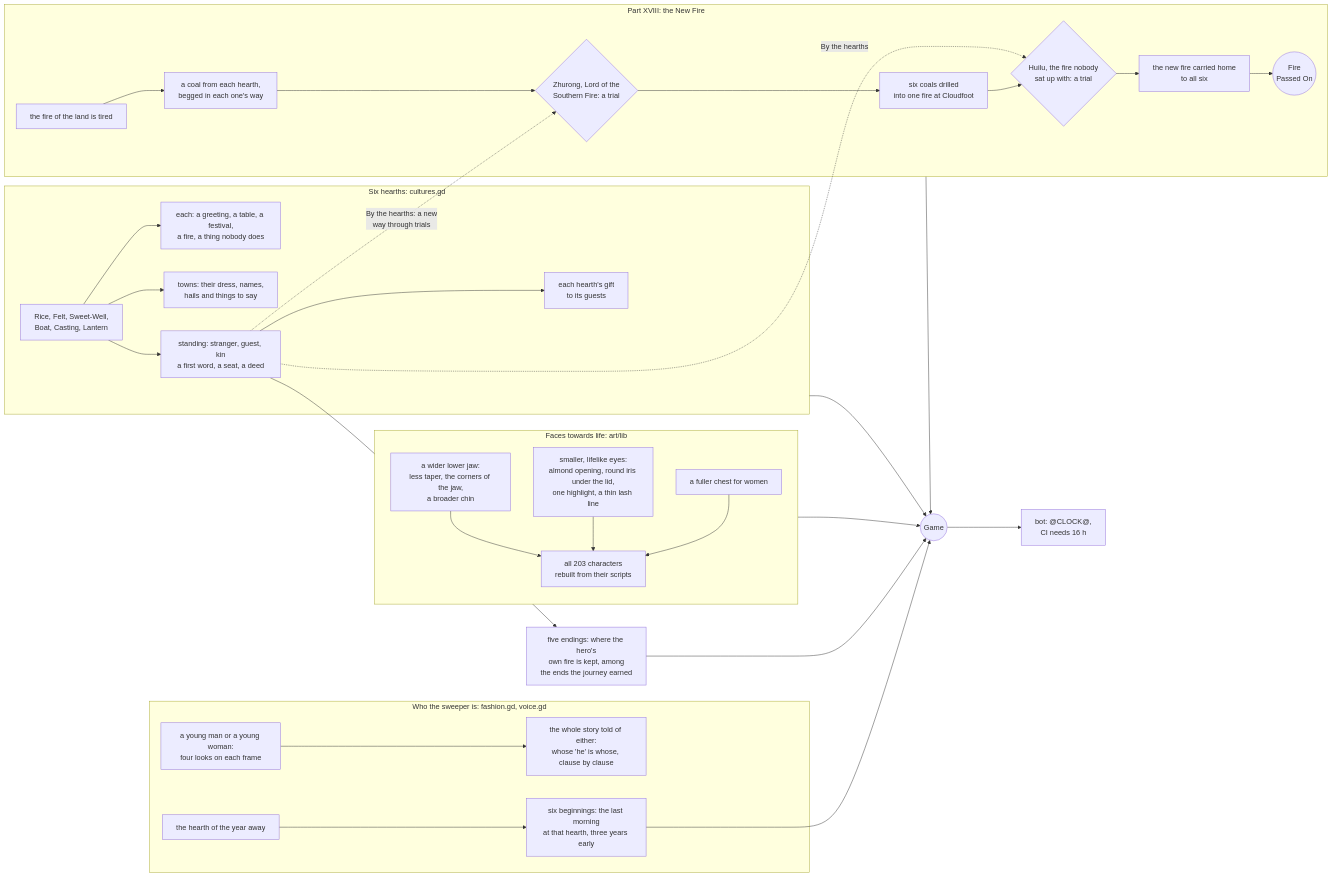
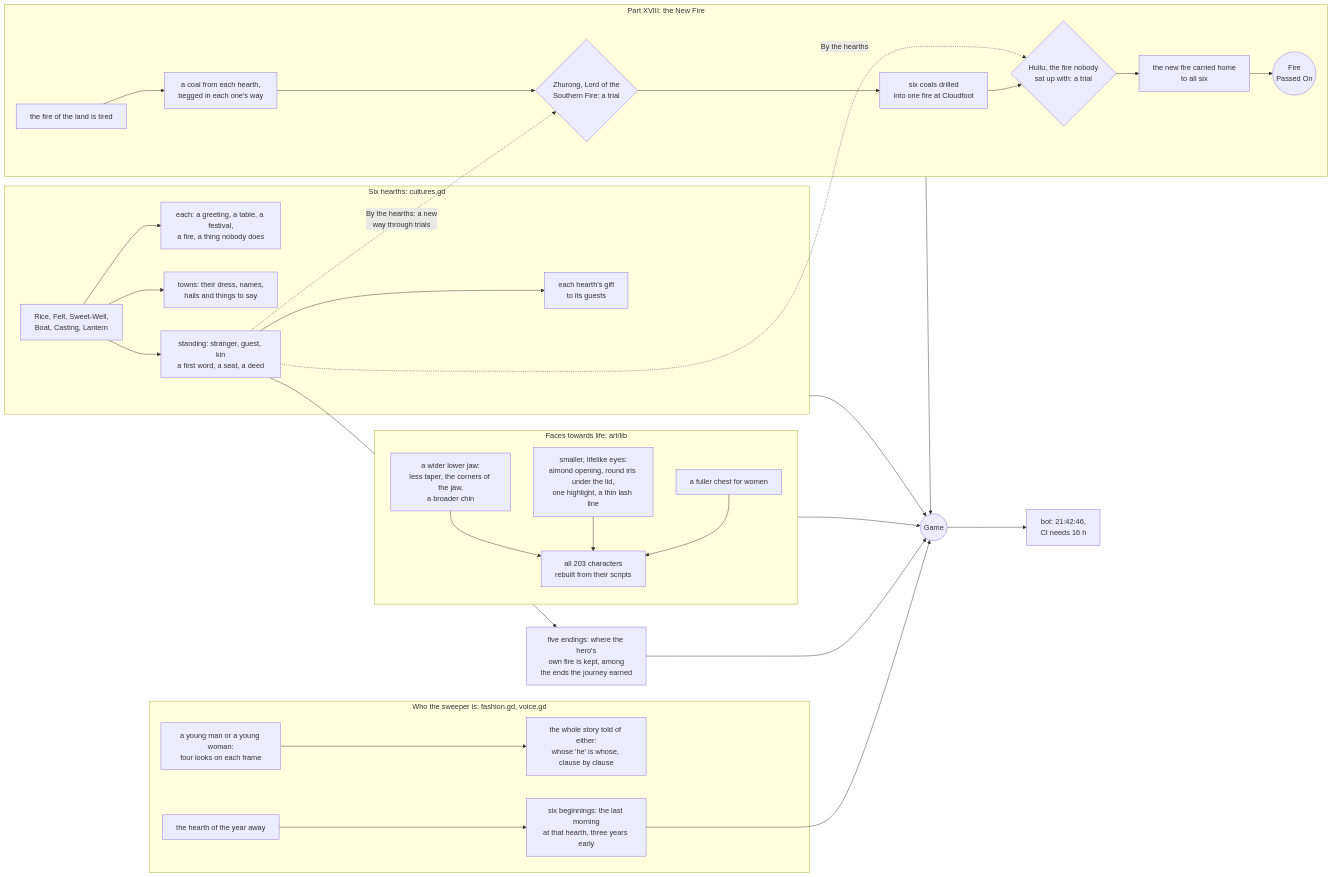
Before and after one commit to jgyy/timegox: the first of 35 diagrams in README.md, drawn with Mermaid. The commit also changed other lines of this file and 16 other files, not shown here.

````diff
--- a/README.md
+++ b/README.md
@@ -22,32 +22,32 @@
 ```mermaid
 flowchart LR
     subgraph SC[Faces towards life: art/lib]
     JW[a wider lower jaw:<br/>less taper, the corners of the jaw,<br/>a broader chin] --> ALL[all 203 characters<br/>rebuilt from their scripts]
     EY[smaller, lifelike eyes:<br/>almond opening, round iris under the lid,<br/>one highlight, a thin lash line] --> ALL
     BU[a fuller chest for women] --> ALL
     end
     subgraph HR[Six hearths: cultures.gd]
     SIX[Rice, Felt, Sweet-Well,<br/>Boat, Casting, Lantern] --> WAYS[each: a greeting, a table, a festival,<br/>a fire, a thing nobody does]
     SIX --> FOLK[towns: their dress, names,<br/>hails and things to say]
     SIX --> ST[standing: stranger, guest, kin<br/>a first word, a seat, a deed]
     ST --> GIFT[each hearth's gift<br/>to its guests]
     end
     subgraph WHO[Who the sweeper is: fashion.gd, voice.gd]
     MF[a young man or a young woman:<br/>four looks on each frame] --> TOLD[the whole story told of either:<br/>whose 'he' is whose, clause by clause]
     HE[the hearth of the year away] --> BEG[six beginnings: the last morning<br/>at that hearth, three years early]
     end
     subgraph P18[Part XVIII: the New Fire]
     TIRED[the fire of the land is tired] --> COALS[a coal from each hearth,<br/>begged in each one's way]
     COALS --> ZR{Zhurong, Lord of the<br/>Southern Fire: a trial} --> DRILL[six coals drilled<br/>into one fire at Cloudfoot]
     DRILL --> HL{Huilu, the fire nobody<br/>sat up with: a trial} --> HOME[the new fire carried home<br/>to all six] --> FP((Fire<br/>Passed On))
     end
     ST -.->|By the hearths: a new<br/>way through trials| ZR
     ST -.->|By the hearths| HL
     ST --> END[five endings: where the hero's<br/>own fire is kept, among<br/>the ends the journey earned]
     BEG --> GAME((Game))
     SC --> GAME
     HR --> GAME
     P18 --> GAME
     END --> GAME
-    GAME --> BOT[bot: @CLOCK@,<br/>CI needs 16 h]
+    GAME --> BOT[bot: 21:42:46,<br/>CI needs 16 h]
 ```
````
